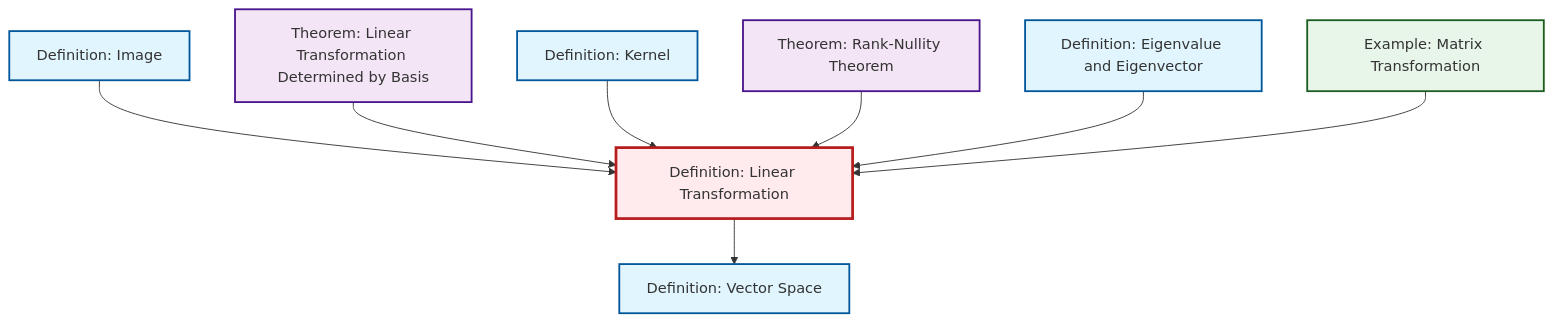
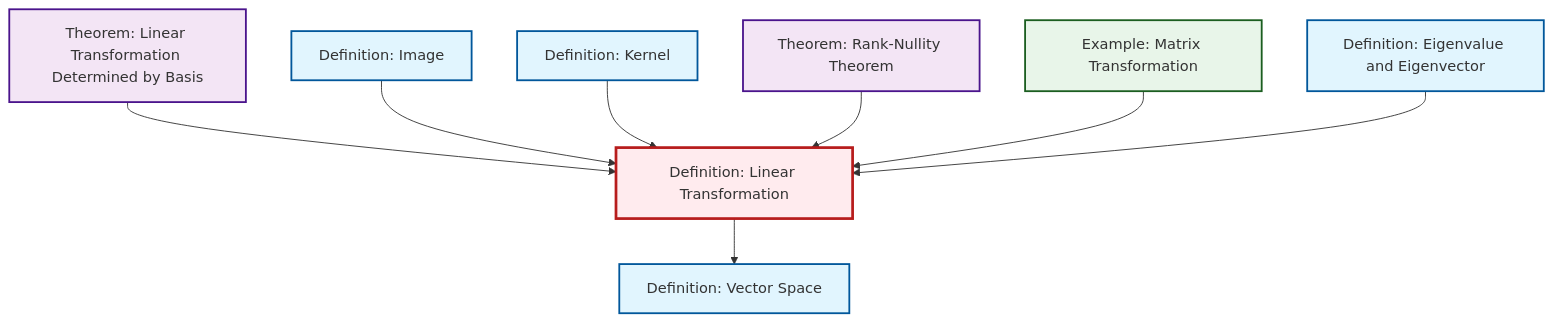
The diagram in content/en/algebra/def-linear-transformation.qmd (RK0429/ModernMath), drawn with Mermaid before and after one commit. The commit also changed other lines of this file and 417 other files, not shown here.

````diff
--- a/content/en/algebra/def-linear-transformation.qmd
+++ b/content/en/algebra/def-linear-transformation.qmd
@@ -45,32 +45,32 @@
 ```{mermaid}
 %%| fig-cap: "Local dependency graph"
 graph TD
     classDef definition fill:#e1f5fe,stroke:#01579b,stroke-width:2px
     classDef theorem fill:#f3e5f5,stroke:#4a148c,stroke-width:2px
     classDef axiom fill:#fff3e0,stroke:#e65100,stroke-width:2px
     classDef example fill:#e8f5e9,stroke:#1b5e20,stroke-width:2px
     classDef current fill:#ffebee,stroke:#b71c1c,stroke-width:3px
+    def-kernel["Definition: Kernel"]:::definition
+    def-vector-space["Definition: Vector Space"]:::definition
+    ex-matrix-transformation["Example: Matrix Transformation"]:::example
     thm-rank-nullity["Theorem: Rank-Nullity Theorem"]:::theorem
-    def-kernel["Definition: Kernel"]:::definition
+    def-image["Definition: Image"]:::definition
+    def-linear-transformation["Definition: Linear Transformation"]:::definition
     def-eigenvalue-eigenvector["Definition: Eigenvalue and Eigenvector"]:::definition
     thm-linear-transformation-basis["Theorem: Linear Transformation Determined by Basis"]:::theorem
-    ex-matrix-transformation["Example: Matrix Transformation"]:::example
-    def-image["Definition: Image"]:::definition
-    def-vector-space["Definition: Vector Space"]:::definition
-    def-linear-transformation["Definition: Linear Transformation"]:::definition
     def-linear-transformation --> def-vector-space
+    thm-linear-transformation-basis --> def-linear-transformation
     def-image --> def-linear-transformation
-    thm-linear-transformation-basis --> def-linear-transformation
     def-kernel --> def-linear-transformation
     thm-rank-nullity --> def-linear-transformation
+    ex-matrix-transformation --> def-linear-transformation
     def-eigenvalue-eigenvector --> def-linear-transformation
-    ex-matrix-transformation --> def-linear-transformation
     class def-linear-transformation current
+    click def-kernel "def-kernel.html" "Go to Kernel definition"
+    click def-vector-space "def-vector-space.html" "Go to Vector Space definition"
+    click ex-matrix-transformation "ex-matrix-transformation.html" "Go to Matrix Transformation example"
     click thm-rank-nullity "thm-rank-nullity.html" "Go to Rank-Nullity Theorem theorem"
-    click def-kernel "def-kernel.html" "Go to Kernel definition"
+    click def-image "def-image.html" "Go to Image definition"
     click def-eigenvalue-eigenvector "def-eigenvalue-eigenvector.html" "Go to Eigenvalue and Eigenvector definition"
     click thm-linear-transformation-basis "thm-linear-transformation-basis.html" "Go to Linear Transformation Determined by Basis theorem"
-    click ex-matrix-transformation "ex-matrix-transformation.html" "Go to Matrix Transformation example"
-    click def-image "def-image.html" "Go to Image definition"
-    click def-vector-space "def-vector-space.html" "Go to Vector Space definition"
 ```
````
